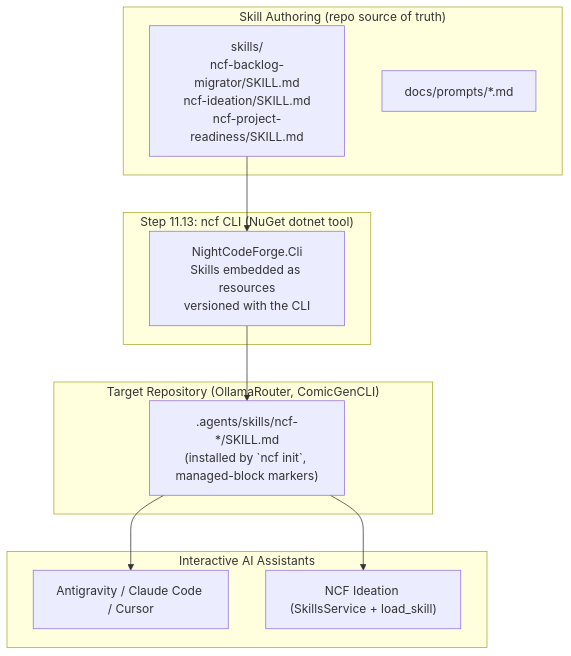
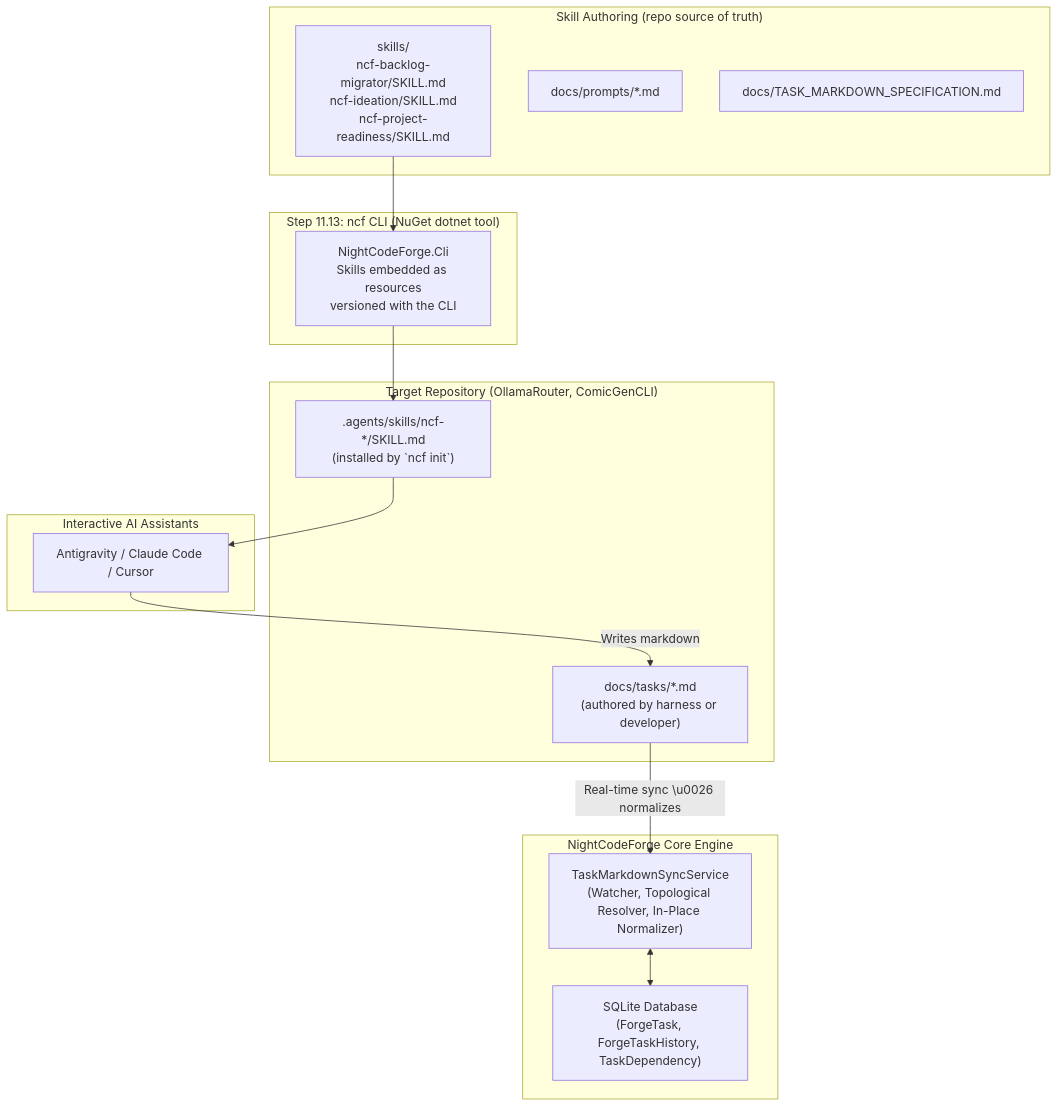
Before and after one commit to jetelain/NightCodeForge: the diagram in docs/plan/phase-11/STEP_11_12_BACKLOG_MIGRATION_AND_IDEATION_SKILLS.md, drawn with Mermaid. The commit also changed other lines of this file and 15 other files, not shown here.

Commit message:
Step 11.12: Packaged Agent Skills for Backlog Migration, Ideation & Flexible Task Dependencies

````diff
--- a/docs/plan/phase-11/STEP_11_12_BACKLOG_MIGRATION_AND_IDEATION_SKILLS.md
+++ b/docs/plan/phase-11/STEP_11_12_BACKLOG_MIGRATION_AND_IDEATION_SKILLS.md
@@ -33,24 +39,32 @@
 ```mermaid
 flowchart TD
     subgraph Authoring ["Skill Authoring (repo source of truth)"]
         SrcSkills["skills/<br/>ncf-backlog-migrator/SKILL.md<br/>ncf-ideation/SKILL.md<br/>ncf-project-readiness/SKILL.md"]
         Prompts["docs/prompts/*.md"]
+        Spec["docs/TASK_MARKDOWN_SPECIFICATION.md"]
     end
 
     subgraph Packaging ["Step 11.13: ncf CLI (NuGet dotnet tool)"]
         Cli["NightCodeForge.Cli<br/>Skills embedded as resources<br/>versioned with the CLI"]
     end
 
     subgraph TargetRepo ["Target Repository (OllamaRouter, ComicGenCLI)"]
-        Agents[".agents/skills/ncf-*/SKILL.md<br/>(installed by `ncf init`, managed-block markers)"]
+        Agents[".agents/skills/ncf-*/SKILL.md<br/>(installed by `ncf init`)"]
+        TasksDir["docs/tasks/*.md<br/>(authored by harness or developer)"]
+    end
+
+    subgraph SyncEngine ["NightCodeForge Core Engine"]
+        SyncService["TaskMarkdownSyncService<br/>(Watcher, Topological Resolver, In-Place Normalizer)"]
+        DB["SQLite Database<br/>(ForgeTask, ForgeTaskHistory, TaskDependency)"]
     end
 
     subgraph Consumers ["Interactive AI Assistants"]
         ExtIDE["Antigravity / Claude Code / Cursor"]
-        Ncf["NCF Ideation (SkillsService + load_skill)"]
     end
 
     SrcSkills --> Cli --> Agents
     Agents --> ExtIDE
-    Agents --> Ncf
+    ExtIDE -->|Writes markdown| TasksDir
+    TasksDir -->|Real-time sync \u0026 normalizes| SyncService
+    SyncService <--> DB
 ```
````
